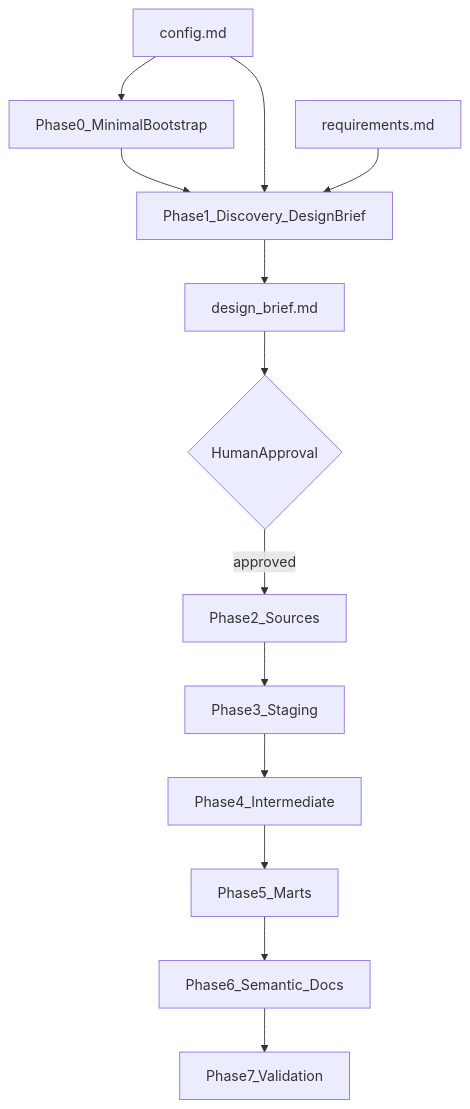
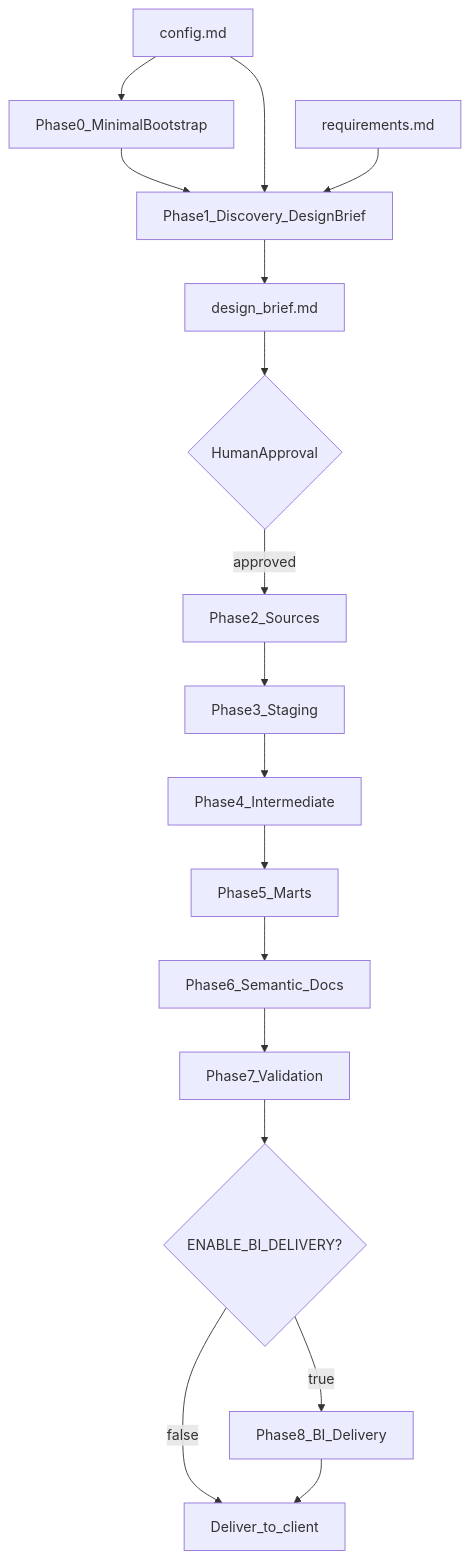
One commit to Zahid-Abbas-Ali-Baig/dbt-ai-guide changed the first of 2 diagrams in dbt_ai_agent_prompts_generalized.md. Above: the diagram before and after it, drawn with Mermaid. The commit also changed other lines of this file and 5 other files, not shown here.

````diff
--- a/dbt_ai_agent_prompts_generalized.md
+++ b/dbt_ai_agent_prompts_generalized.md
@@ -21,28 +25,32 @@
 ```mermaid
 flowchart TD
     ConfigMd[config.md]
     ReqDoc[requirements.md]
     BriefDoc[design_brief.md]
     Phase0[Phase0_MinimalBootstrap]
     Phase1[Phase1_Discovery_DesignBrief]
     Gate{HumanApproval}
     Phase2[Phase2_Sources]
     Phase3[Phase3_Staging]
     Phase4[Phase4_Intermediate]
     Phase5[Phase5_Marts]
     Phase6[Phase6_Semantic_Docs]
     Phase7[Phase7_Validation]
 
     ConfigMd --> Phase0
     Phase0 --> Phase1
     ConfigMd --> Phase1
     ReqDoc --> Phase1
     Phase1 --> BriefDoc
     BriefDoc --> Gate
     Gate -->|approved| Phase2
     Phase2 --> Phase3
     Phase3 --> Phase4
     Phase4 --> Phase5
     Phase5 --> Phase6
     Phase6 --> Phase7
+    Phase7 --> Phase8opt{ENABLE_BI_DELIVERY?}
+    Phase8opt -->|true| Phase8[Phase8_BI_Delivery]
+    Phase8opt -->|false| Deliver[Deliver_to_client]
+    Phase8 --> Deliver
 ```
````
